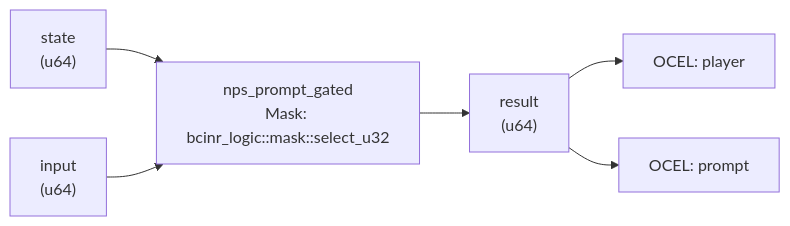
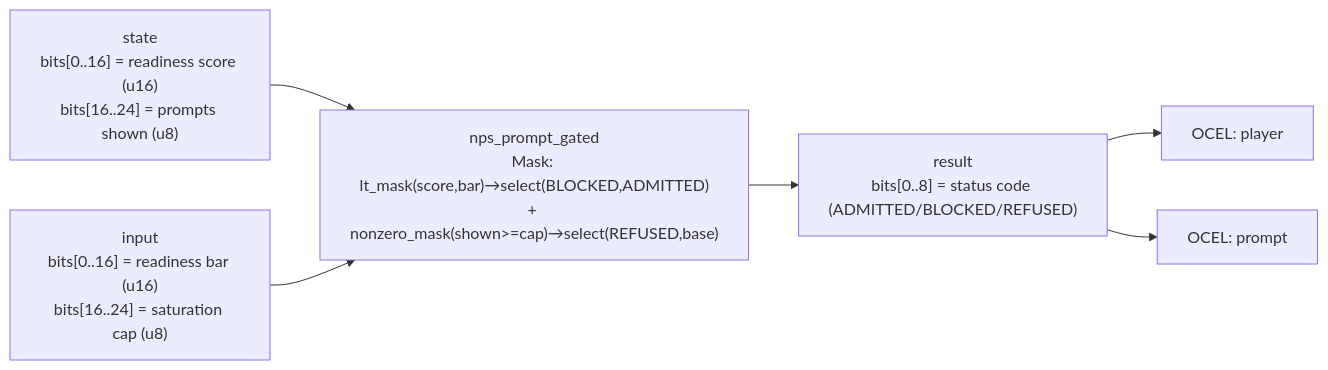
The diagram in crates/wasm4games/docs/patterns/nps_prompt_gated.md (seanchatmangpt/bcinr), drawn with Mermaid before and after one commit. The commit also changed other lines of this file and 36 other files, not shown here.

````diff
--- a/crates/wasm4games/docs/patterns/nps_prompt_gated.md
+++ b/crates/wasm4games/docs/patterns/nps_prompt_gated.md
@@ -56,14 +38,14 @@
 ```mermaid
 graph LR
-    state["state\n(u64)"]
-    input["input\n(u64)"]
-    kernel["nps_prompt_gated\nMask: bcinr_logic::mask::select_u32"]
-    result["result\n(u64)"]
+    state["state\nbits[0..16] = readiness score (u16)\nbits[16..24] = prompts shown (u8)"]
+    input["input\nbits[0..16] = readiness bar (u16)\nbits[16..24] = saturation cap (u8)"]
+    kernel["nps_prompt_gated\nMask: lt_mask(score,bar)→select(BLOCKED,ADMITTED)\n+ nonzero_mask(shown>=cap)→select(REFUSED,base)"]
+    result["result\nbits[0..8] = status code (ADMITTED/BLOCKED/REFUSED)"]
     state --> kernel
     input --> kernel
     kernel --> result
     ocel_0["OCEL: player"]
     result --> ocel_0
     ocel_1["OCEL: prompt"]
     result --> ocel_1
 ```
````
